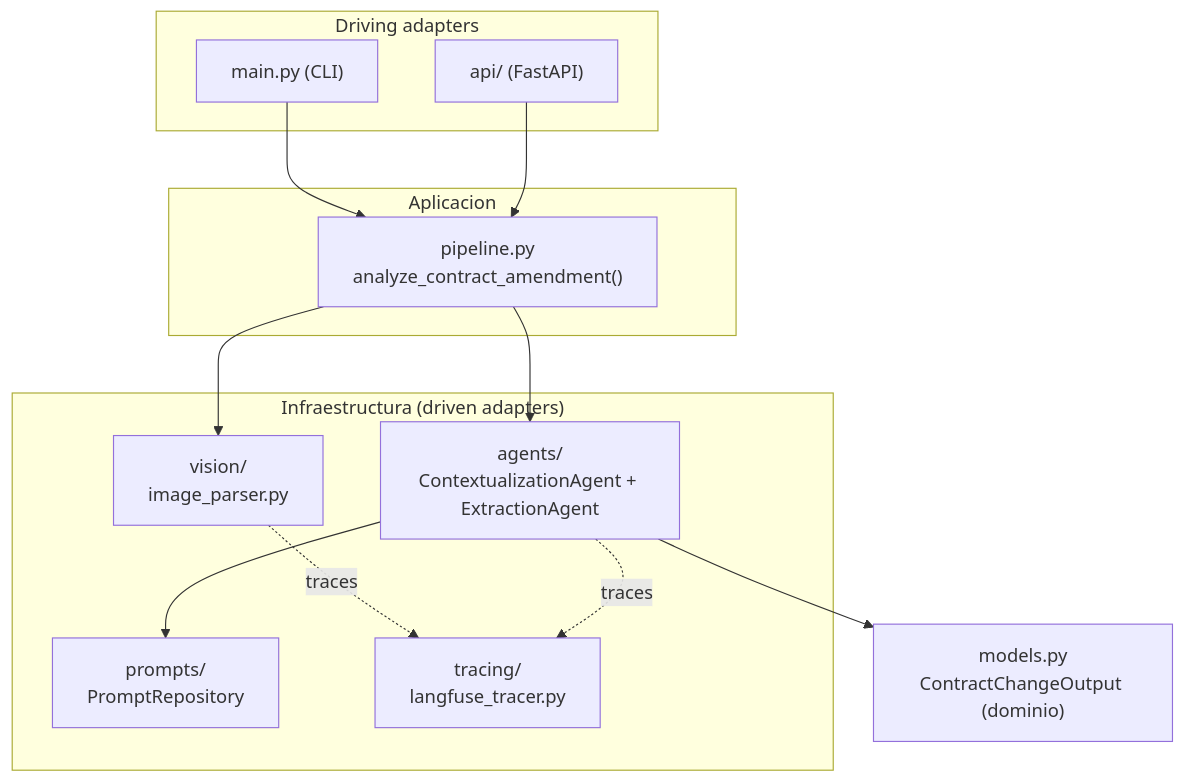
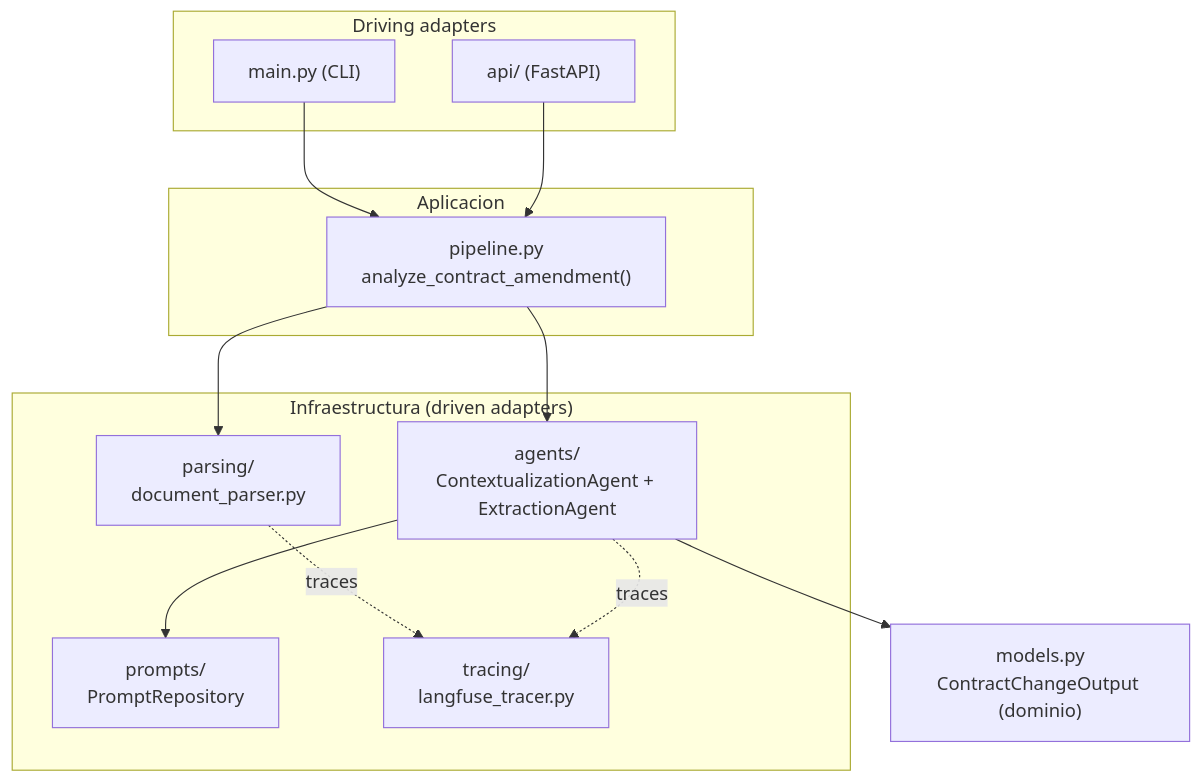
Before and after one commit to FacundoBettella/AGENT-DOC: the first of 2 diagrams in docs/ARCHITECTURE.md, drawn with Mermaid. The commit also changed other lines of this file and 7 other files, not shown here.

````diff
--- a/docs/ARCHITECTURE.md
+++ b/docs/ARCHITECTURE.md
@@ -5,29 +5,29 @@
 ```mermaid
 flowchart TB
     subgraph Drivers["Driving adapters"]
         CLI["main.py (CLI)"]
         API["api/ (FastAPI)"]
     end
 
     subgraph App["Aplicacion"]
         PIPE["pipeline.py<br/>analyze_contract_amendment()"]
     end
 
     subgraph Infra["Infraestructura (driven adapters)"]
-        VISION["vision/<br/>image_parser.py"]
+        VISION["parsing/<br/>document_parser.py"]
         AGENTS["agents/<br/>ContextualizationAgent + ExtractionAgent"]
         PROMPTS["prompts/<br/>PromptRepository"]
         TRACE["tracing/<br/>langfuse_tracer.py"]
     end
 
     MODEL["models.py<br/>ContractChangeOutput (dominio)"]
 
     CLI --> PIPE
     API --> PIPE
     PIPE --> VISION
     PIPE --> AGENTS
     AGENTS --> PROMPTS
     AGENTS --> MODEL
     VISION -.traces.-> TRACE
     AGENTS -.traces.-> TRACE
 ```
````
